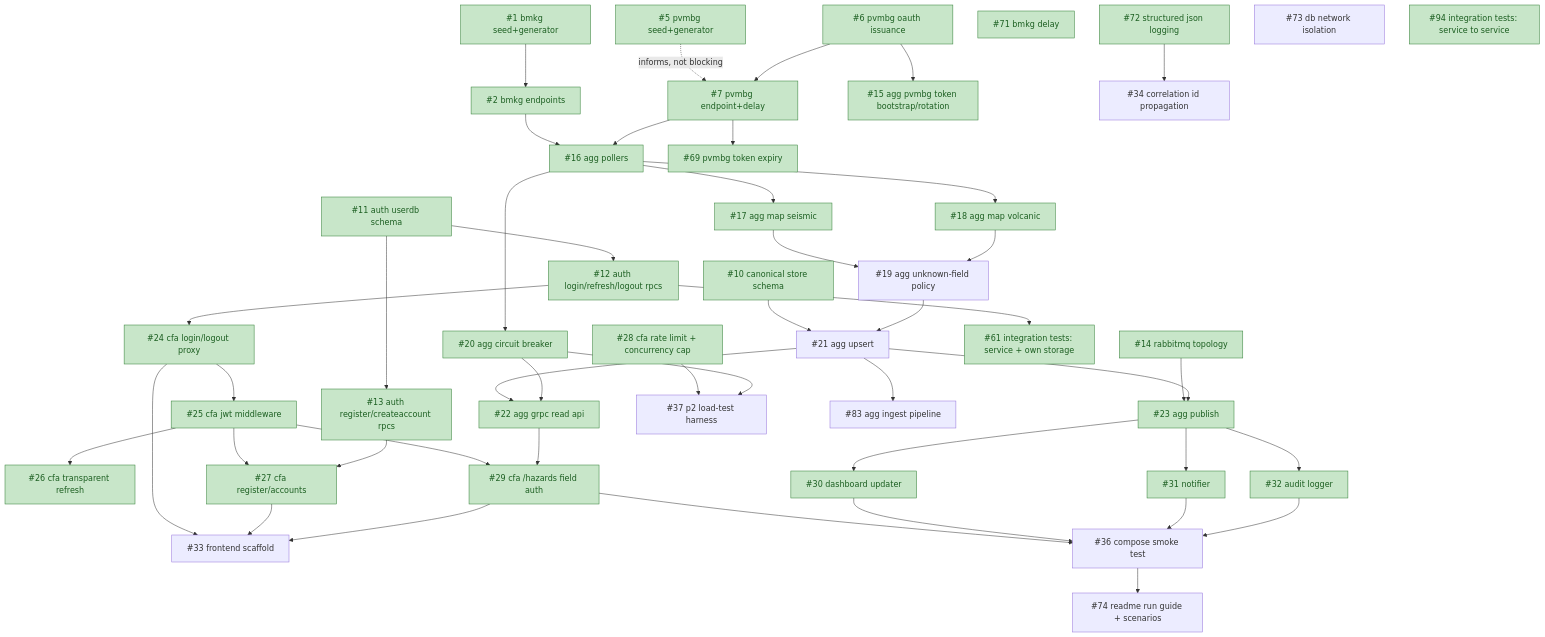
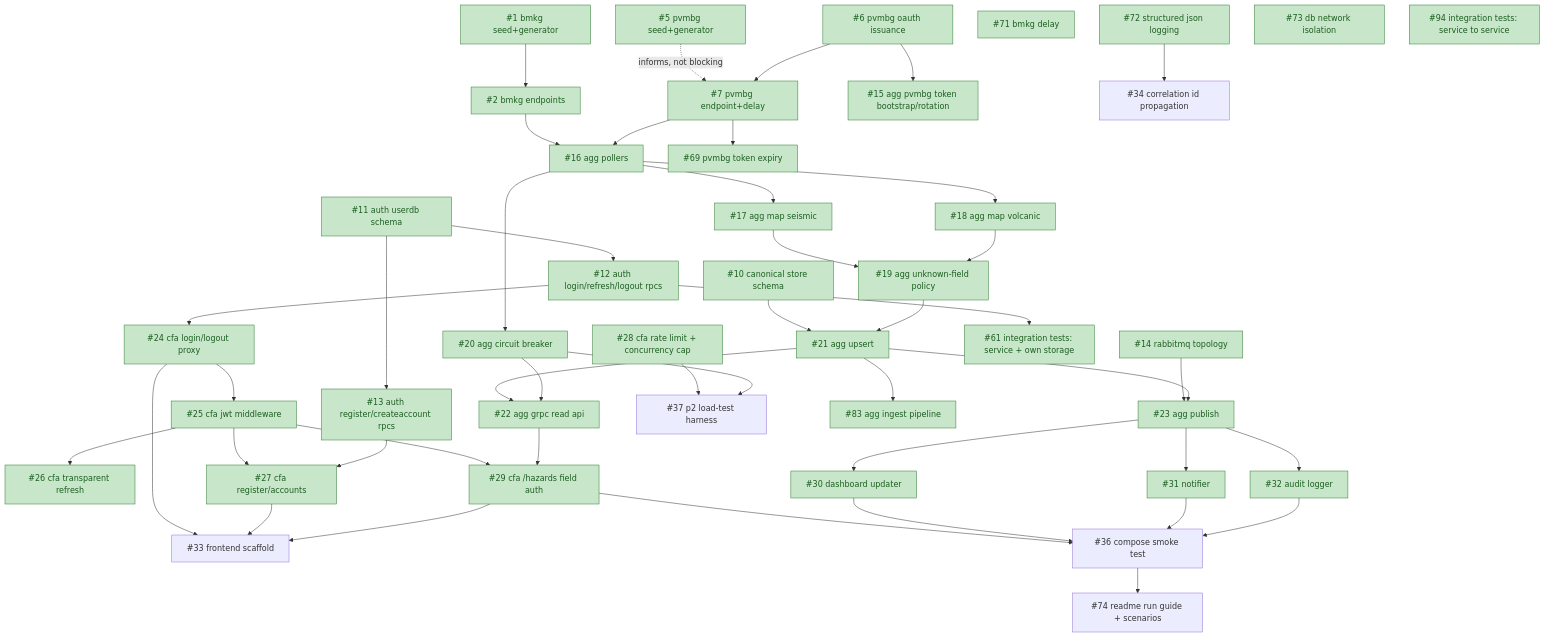
The diagram in doc/BACKLOG_DEPENDENCIES.md (brii26/distributed-hazard-coordination), drawn with Mermaid before and after one commit. The commit also changed other lines of this file, not shown here.

````diff
--- a/doc/BACKLOG_DEPENDENCIES.md
+++ b/doc/BACKLOG_DEPENDENCIES.md
@@ -22,63 +21,63 @@
 ```mermaid
 graph TD
   1["#1 bmkg seed+generator"] --> 2["#2 bmkg endpoints"]
   5["#5 pvmbg seed+generator"] -.->|informs, not blocking| 7
 
   6["#6 pvmbg oauth issuance"] --> 15["#15 agg pvmbg token bootstrap/rotation"]
   6 --> 7["#7 pvmbg endpoint+delay"]
   7 --> 69["#69 pvmbg token expiry"]
 
   2 --> 16["#16 agg pollers"]
   7 --> 16
   16 --> 17["#17 agg map seismic"]
   16 --> 18["#18 agg map volcanic"]
   16 --> 20["#20 agg circuit breaker"]
   17 --> 19["#19 agg unknown-field policy"]
   18 --> 19
 
   10["#10 canonical store schema"] --> 21["#21 agg upsert"]
   19 --> 21
   21 --> 22["#22 agg grpc read api"]
   20 --> 22
 
   14["#14 rabbitmq topology"] --> 23["#23 agg publish"]
   21 --> 23
   21 --> 83["#83 agg ingest pipeline"]
 
   11["#11 auth userdb schema"] --> 12["#12 auth login/refresh/logout rpcs"]
   11 --> 13["#13 auth register/createaccount rpcs"]
 
   12 --> 24["#24 cfa login/logout proxy"]
   12 --> 61["#61 integration tests: service + own storage"]
   24 --> 25["#25 cfa jwt middleware"]
   25 --> 26["#26 cfa transparent refresh"]
   25 --> 27["#27 cfa register/accounts"]
   13 --> 27
   25 --> 29["#29 cfa /hazards field auth"]
   22 --> 29
 
   23 --> 30["#30 dashboard updater"]
   23 --> 31["#31 notifier"]
   23 --> 32["#32 audit logger"]
 
   24 --> 33["#33 frontend scaffold"]
   27 --> 33
   29 --> 33
 
   29 --> 36["#36 compose smoke test"]
   30 --> 36
   31 --> 36
   32 --> 36
 
   28["#28 cfa rate limit + concurrency cap"] --> 37["#37 p2 load-test harness"]
   20 --> 37
 
   72["#72 structured json logging"] --> 34["#34 correlation id propagation"]
   36 --> 74["#74 readme run guide + scenarios"]
   71["#71 bmkg delay"]
   73["#73 db network isolation"]
   94["#94 integration tests: service to service"]
 
   classDef done fill:#c8e6c9,stroke:#2e7d32,color:#1b5e20
-  class 1,2,5,6,7,10,11,12,13,14,15,16,17,18,20,22,23,24,25,26,27,28,29,30,31,32,61,69,71,72,94 done
+  class 1,2,5,6,7,10,11,12,13,14,15,16,17,18,19,20,21,22,23,24,25,26,27,28,29,30,31,32,61,69,71,72,73,83,94 done
 ```
````
